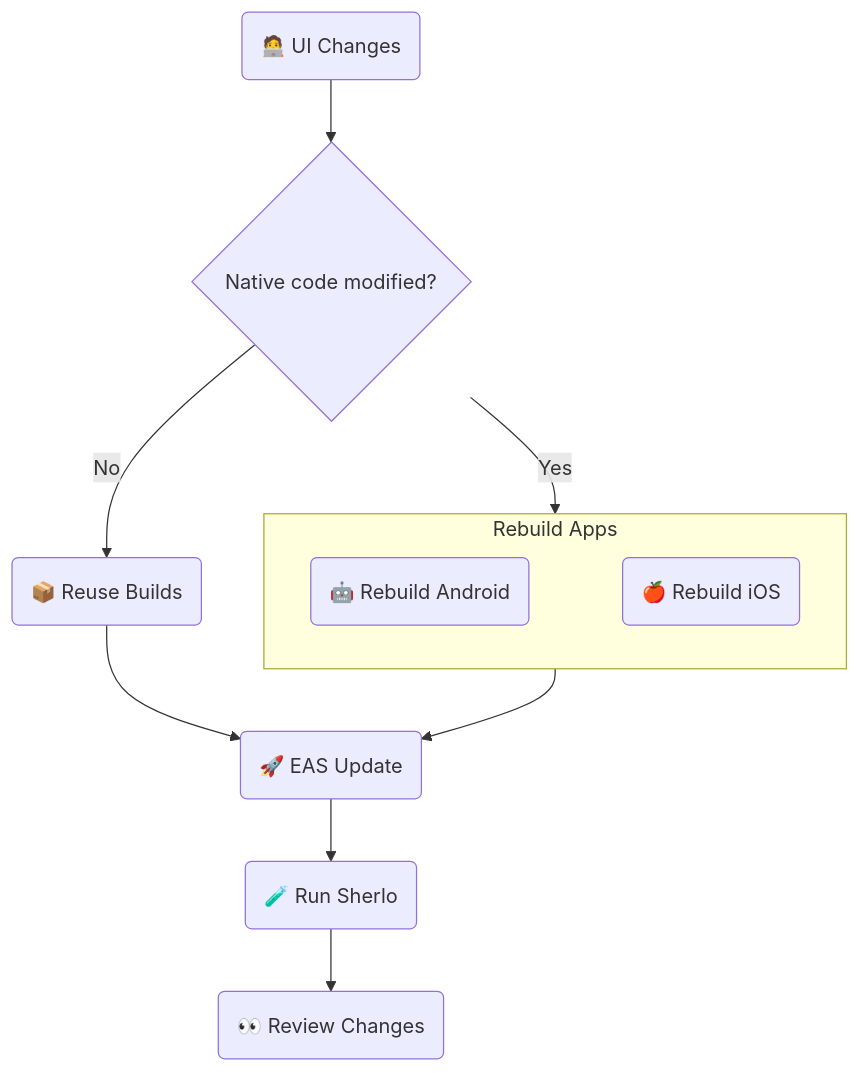
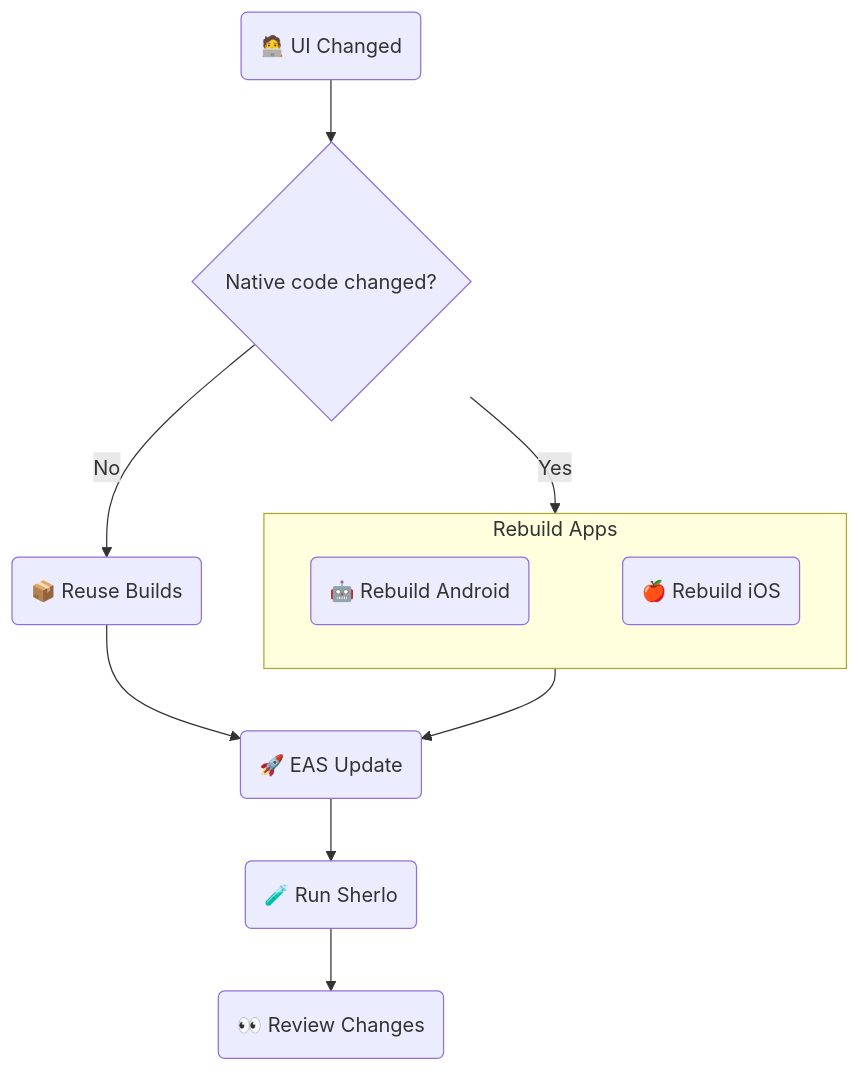
Before and after one commit to sherlo-io/sherlo: the diagram in examples/eas-update/README.md, drawn with Mermaid.

Commit message:
no message

````diff
--- a/examples/eas-update/README.md
+++ b/examples/eas-update/README.md
@@ -13,23 +13,23 @@
 ```mermaid
 flowchart TB
-   UI(🧑‍💻 UI Changes)
-   Check{Native code modified?}
+   UI(🧑‍💻 UI Changed)
+   Check{Native code changed?}
    Reuse(📦 Reuse Builds)
    Update(🚀 EAS Update)
    Sherlo(🧪 Run Sherlo)
    Review(👀 Review Changes)
 
    subgraph Rebuild[Rebuild Apps]
       direction LR
       Android(🤖 Rebuild Android)
       iOS(🍎 Rebuild iOS)
       Android ~~~ iOS
    end
 
    UI --> Check
    Check -->|No| Reuse
    Check -->|Yes| Rebuild
    Reuse & Rebuild --> Update
    Update --> Sherlo
    Sherlo --> Review
 ```
````
